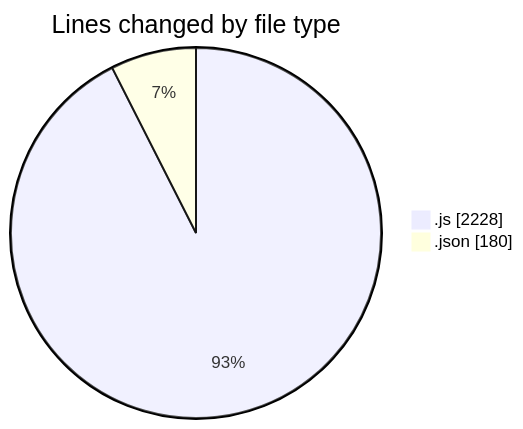
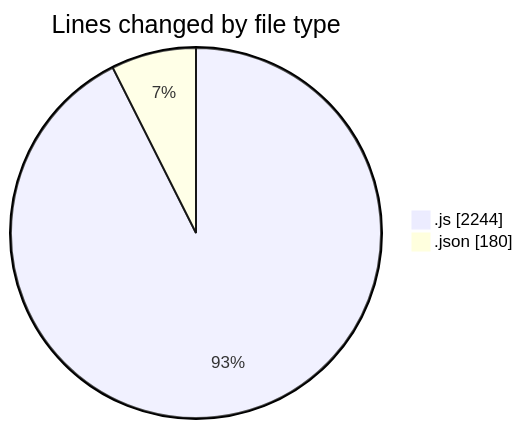
Before and after one commit to Ritupan-Deka/code-tracking: the first of 2 diagrams in 2025-08-03/javascript/README.md, drawn with Mermaid. The commit also changed other lines of this file and 1 other file, not shown here.

````diff
--- a/2025-08-03/javascript/README.md
+++ b/2025-08-03/javascript/README.md
@@ -24,6 +24,6 @@
 ```mermaid
 pie showData
 title Lines changed by file type
-".js" : 2228
+".js" : 2244
 ".json" : 180
 ```
````
